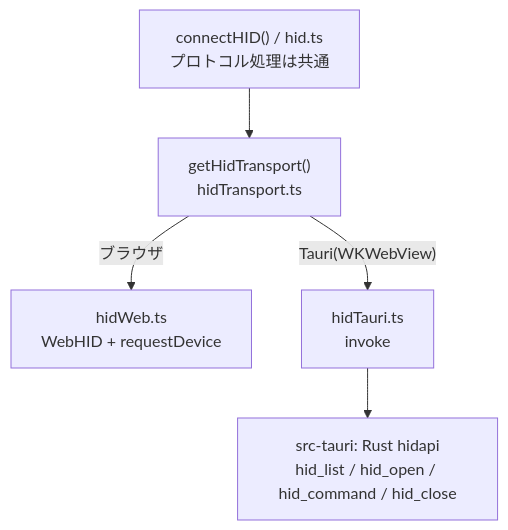
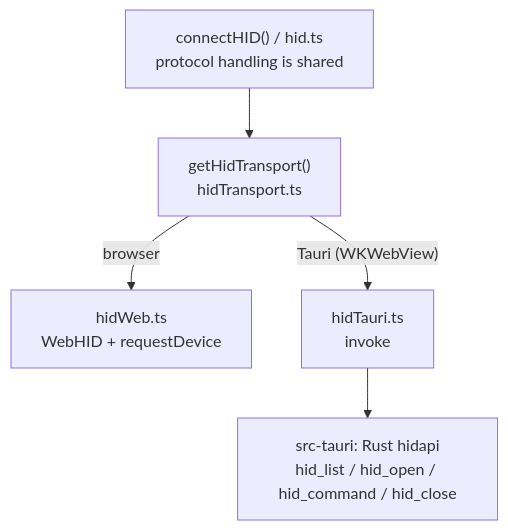
One commit to niw/vial-typing changed the third of 4 diagrams in docs/app-overview.md. Above: the diagram before and after it, drawn with Mermaid. The commit also changed other lines of this file and 3 other files, not shown here.

````diff
--- a/docs/app-overview.md
+++ b/docs/app-overview.md
@@ -171,7 +196,7 @@
 ```mermaid
 flowchart TD
-  connect["connectHID() / hid.ts<br>プロトコル処理は共通"] --> get["getHidTransport()<br>hidTransport.ts"]
-  get -- "ブラウザ" --> web["hidWeb.ts<br>WebHID + requestDevice"]
-  get -- "Tauri(WKWebView)" --> tauri["hidTauri.ts<br>invoke"]
+  connect["connectHID() / hid.ts<br>protocol handling is shared"] --> get["getHidTransport()<br>hidTransport.ts"]
+  get -- "browser" --> web["hidWeb.ts<br>WebHID + requestDevice"]
+  get -- "Tauri (WKWebView)" --> tauri["hidTauri.ts<br>invoke"]
   tauri --> rust["src-tauri: Rust hidapi<br>hid_list / hid_open / hid_command / hid_close"]
 ```
````
